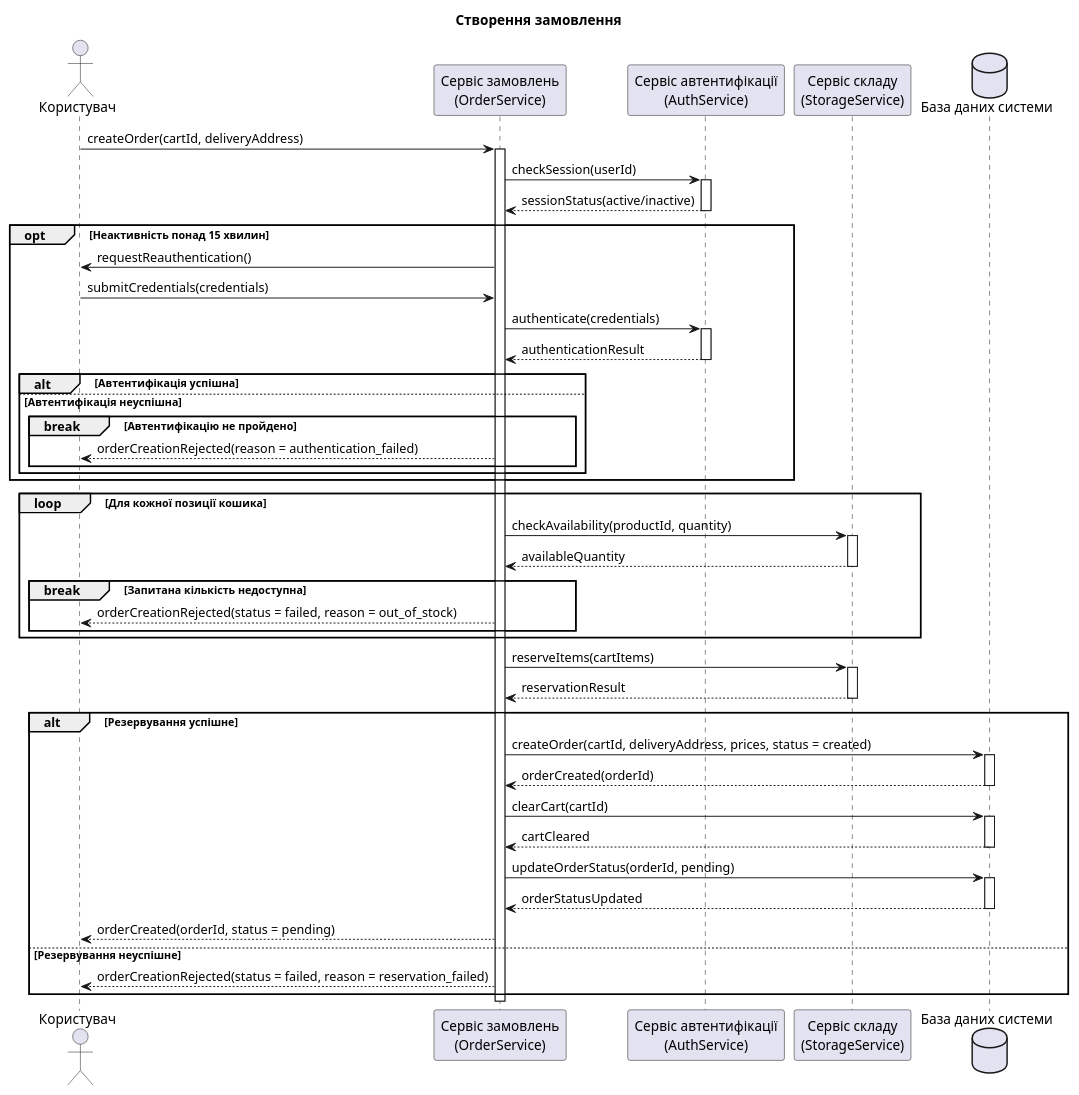
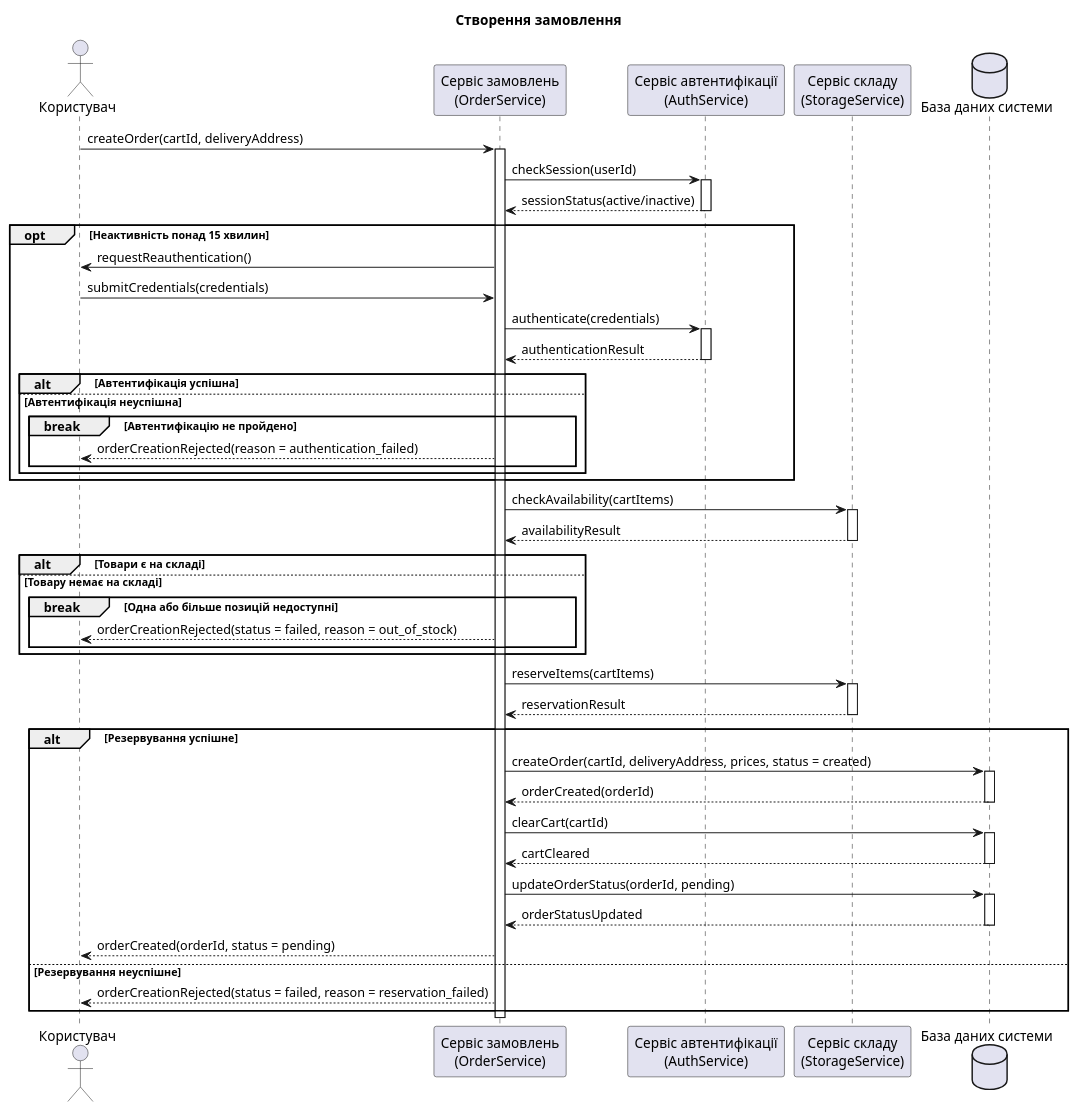
One commit to sklokcm/KPI2 changed the diagram in lab3/order_creation.md. Above: the diagram before and after it, drawn with PlantUML. The commit also changed 2 other files, not shown here.

Commit message:
Виправлення процесу перевірки наявності товарів на складі

```diff
--- a/lab3/order_creation.md
+++ b/lab3/order_creation.md
@@ -1,71 +1,72 @@
 @startuml
 title Створення замовлення
 
 actor "Користувач" as User
 participant "Сервіс замовлень\n(OrderService)" as OrderService
 participant "Сервіс автентифікації\n(AuthService)" as AuthService
 participant "Сервіс складу\n(StorageService)" as StorageService
 database "База даних системи" as Database
 
 User -> OrderService : createOrder(cartId, deliveryAddress)
 activate OrderService
 OrderService -> AuthService : checkSession(userId)
 activate AuthService
 AuthService --> OrderService : sessionStatus(active/inactive)
 deactivate AuthService
 
 opt Неактивність понад 15 хвилин
     OrderService -> User : requestReauthentication()
     User -> OrderService : submitCredentials(credentials)
     OrderService -> AuthService : authenticate(credentials)
     activate AuthService
     AuthService --> OrderService : authenticationResult
     deactivate AuthService
 
     alt Автентифікація успішна
     else Автентифікація неуспішна
         break Автентифікацію не пройдено
             OrderService --> User : orderCreationRejected(reason = authentication_failed)
         end
     end
 end
 
-loop Для кожної позиції кошика
-    OrderService -> StorageService : checkAvailability(productId, quantity)
-    activate StorageService
-    StorageService --> OrderService : availableQuantity
-    deactivate StorageService
+OrderService -> StorageService : checkAvailability(cartItems)
+activate StorageService
+StorageService --> OrderService : availabilityResult
+deactivate StorageService
 
-    break Запитана кількість недоступна
+alt Товари є на складі
+else Товару немає на складі
+    break Одна або більше позицій недоступні
         OrderService --> User : orderCreationRejected(status = failed, reason = out_of_stock)
     end
 end
 
 OrderService -> StorageService : reserveItems(cartItems)
 activate StorageService
 StorageService --> OrderService : reservationResult
 deactivate StorageService
 
 alt Резервування успішне
     OrderService -> Database : createOrder(cartId, deliveryAddress, prices, status = created)
     activate Database
     Database --> OrderService : orderCreated(orderId)
     deactivate Database
 
     OrderService -> Database : clearCart(cartId)
     activate Database
     Database --> OrderService : cartCleared
     deactivate Database
 
     OrderService -> Database : updateOrderStatus(orderId, pending)
     activate Database
     Database --> OrderService : orderStatusUpdated
     deactivate Database
 
     OrderService --> User : orderCreated(orderId, status = pending)
 else Резервування неуспішне
     OrderService --> User : orderCreationRejected(status = failed, reason = reservation_failed)
 end
 
 deactivate OrderService
 @enduml
```
